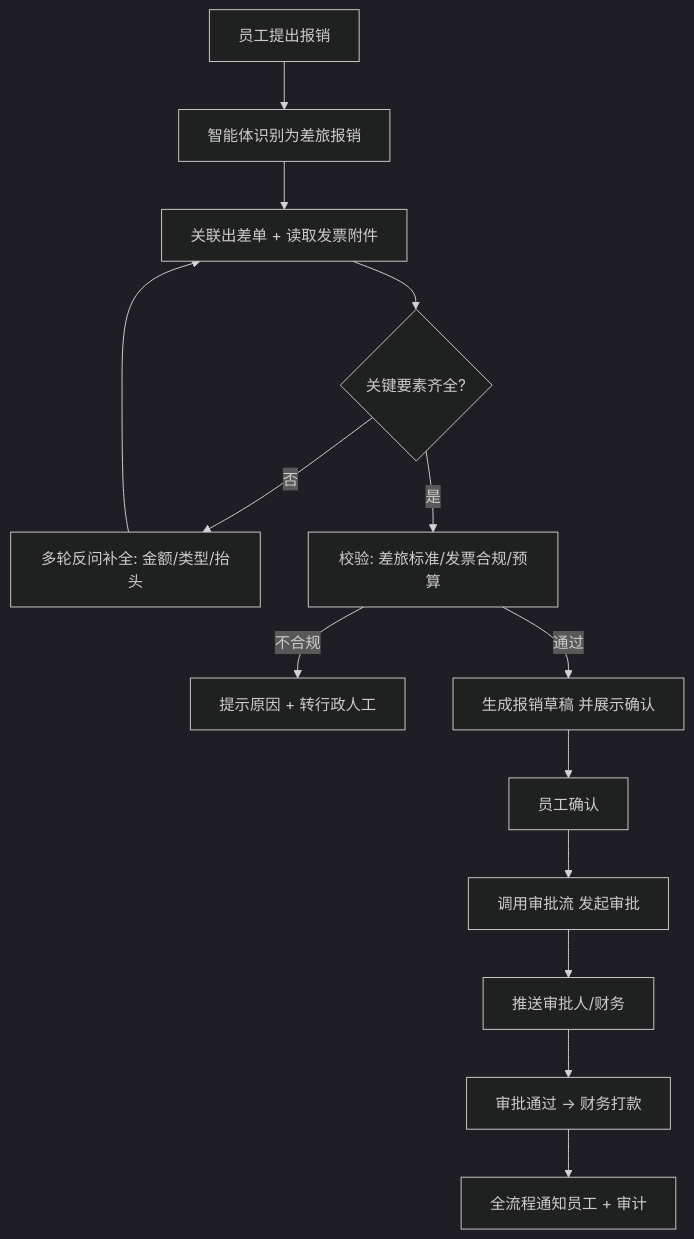
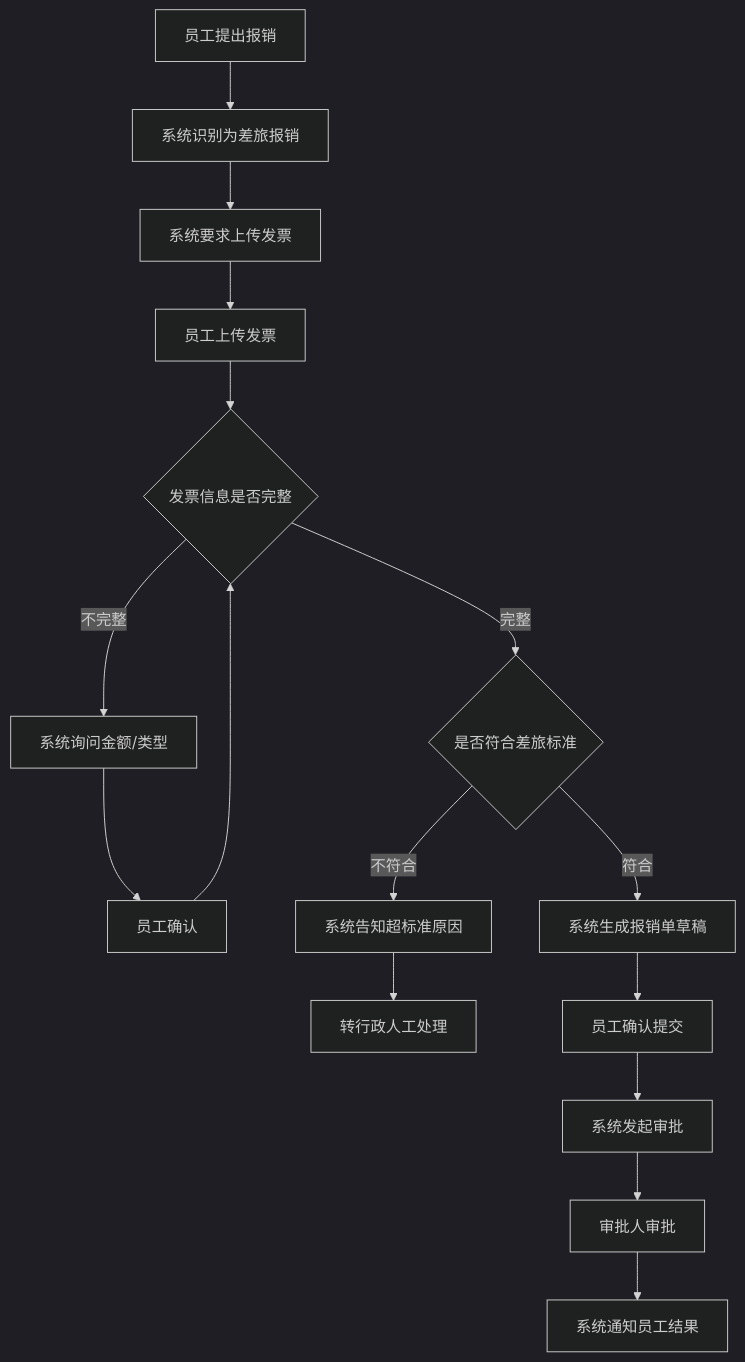
One commit to pretextQ/admin-agent changed the second of 4 diagrams in docs/行政智能系统需求文档.md. Above: the diagram before and after it, drawn with Mermaid (dark theme). The commit also changed other lines of this file and 10 other files, not shown here.

````diff
--- a/docs/行政智能系统需求文档.md
+++ b/docs/行政智能系统需求文档.md
@@ -155,16 +127,18 @@
 ```mermaid
 flowchart TD
-    S1[员工提出报销] --> S2[智能体识别为差旅报销]
-    S2 --> S3[关联出差单 + 读取发票附件]
-    S3 --> S4{关键要素齐全?}
-    S4 -- 否 --> S5[多轮反问补全: 金额/类型/抬头]
-    S5 --> S3
-    S4 -- 是 --> S6[校验: 差旅标准/发票合规/预算]
-    S6 -- 不合规 --> S7[提示原因 + 转行政人工]
-    S6 -- 通过 --> S8[生成报销草稿 并展示确认]
-    S8 --> S9[员工确认]
-    S9 --> S10[调用审批流 发起审批]
-    S10 --> S11[推送审批人/财务]
-    S11 --> S12[审批通过 -> 财务打款]
-    S12 --> S13[全流程通知员工 + 审计]
+    A[员工提出报销] --> B[系统识别为差旅报销]
+    B --> C[系统要求上传发票]
+    C --> D[员工上传发票]
+    D --> E{发票信息是否完整}
+    E -- 不完整 --> F[系统询问金额/类型]
+    F --> G[员工确认]
+    G --> E
+    E -- 完整 --> H{是否符合差旅标准}
+    H -- 不符合 --> I[系统告知超标准原因]
+    I --> J[转行政人工处理]
+    H -- 符合 --> K[系统生成报销单草稿]
+    K --> L[员工确认提交]
+    L --> M[系统发起审批]
+    M --> N[审批人审批]
+    N --> O[系统通知员工结果]
 ```
````
